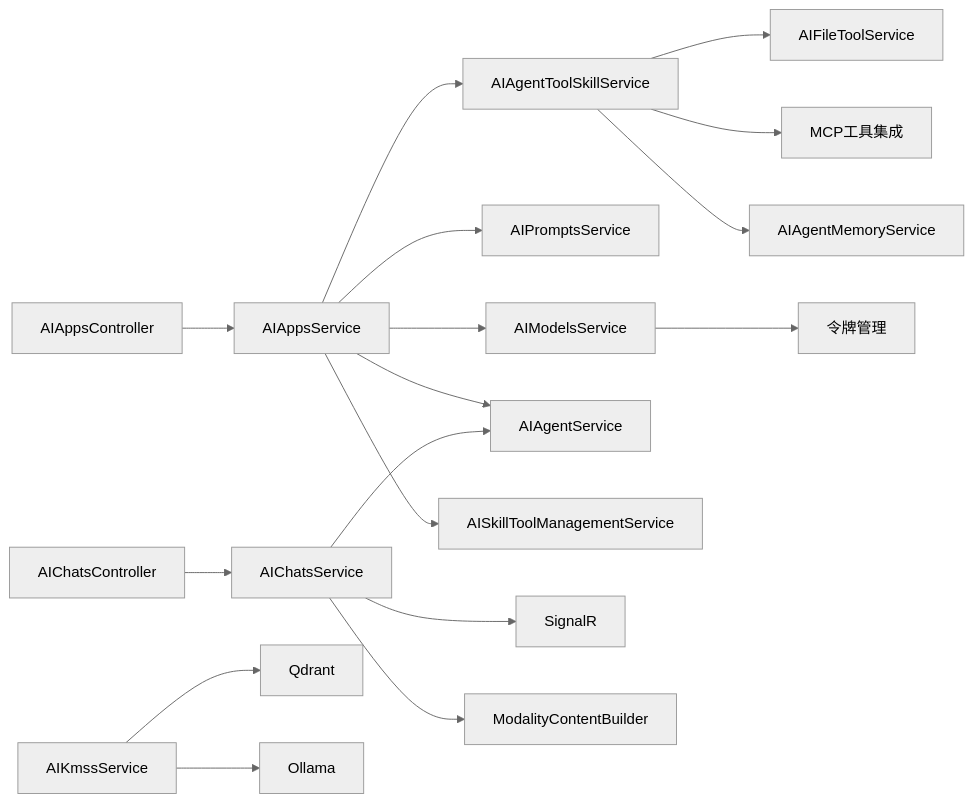
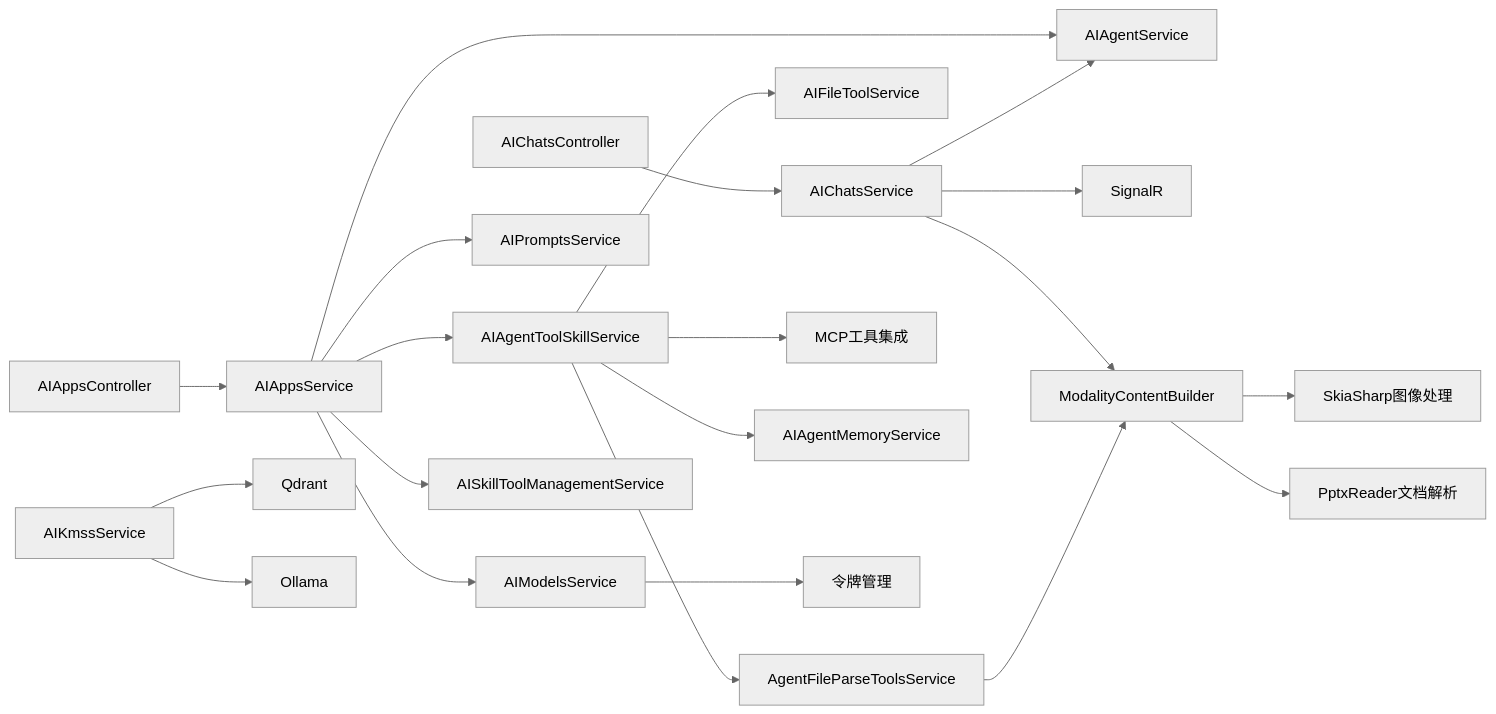
One commit to junkai-li/NetCoreKevin changed diagram 17 of 17 in .qoder/repowiki/zh/content/核心模块/AI智能助手/AI智能助手.md. Above: the diagram before and after it, drawn with Mermaid (neutral theme). The commit also changed other lines of this file and 45 other files, not shown here.

````diff
--- a/.qoder/repowiki/zh/content/核心模块/AI智能助手/AI智能助手.md
+++ b/.qoder/repowiki/zh/content/核心模块/AI智能助手/AI智能助手.md
@@ -639,19 +802,23 @@
 ```mermaid
 graph LR
 CtrlApps["AIAppsController"] --> SvcApps["AIAppsService"]
 CtrlChats["AIChatsController"] --> SvcChats["AIChatsService"]
 SvcApps --> ToolSvc["AIAgentToolSkillService"]
 SvcApps --> PromptSvc["AIPromptsService"]
 SvcApps --> ModelSvc["AIModelsService"]
 SvcApps --> AgentSvc["AIAgentService"]
 SvcChats --> AgentSvc
 SvcApps --> SkillMgr["AISkillToolManagementService"]
 SvcChats --> SignalR["SignalR"]
 SvcKms["AIKmssService"] --> Qdrant["Qdrant"]
 SvcKms --> Ollama["Ollama"]
 ToolSvc --> FileSvc["AIFileToolService"]
+ToolSvc --> RemoteParse["AgentFileParseToolsService"]
 ToolSvc --> MCP["MCP工具集成"]
 ToolSvc --> MemorySvc["AIAgentMemoryService"]
 SvcChats --> Modality["ModalityContentBuilder"]
 ModelSvc --> Tokens["令牌管理"]
+RemoteParse --> Modality
+Modality --> Skia["SkiaSharp图像处理"]
+Modality --> PPT["PptxReader文档解析"]
 ```
````
